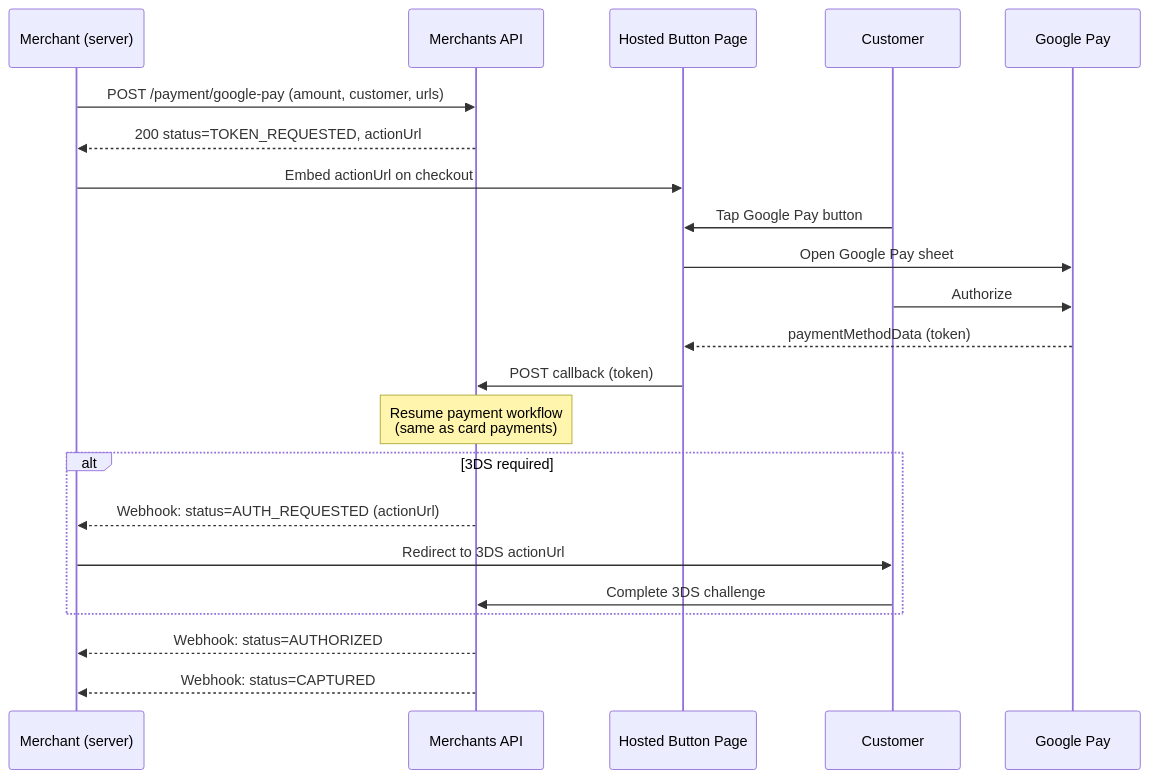
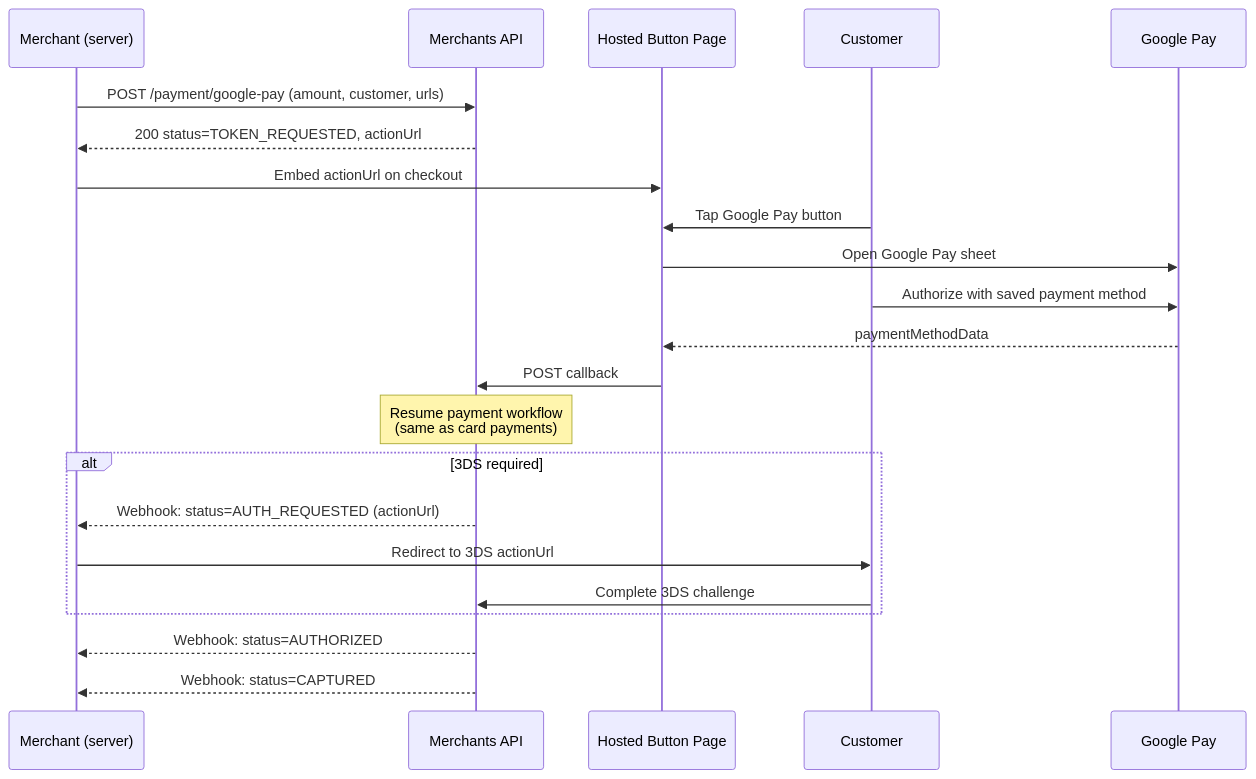
The first of 2 diagrams in docs/google-pay.md (KumaaGroup/platform-merchant-api), drawn with Mermaid before and after one commit. The commit also changed other lines of this file, not shown here.

````diff
--- a/docs/google-pay.md
+++ b/docs/google-pay.md
@@ -7,25 +7,25 @@
 ```mermaid
 sequenceDiagram
     participant M as Merchant (server)
     participant API as Merchants API
     participant Page as Hosted Button Page
     participant C as Customer
     participant GP as Google Pay
 
     M->>API: POST /payment/google-pay (amount, customer, urls)
     API-->>M: 200 status=TOKEN_REQUESTED, actionUrl
     M->>Page: Embed actionUrl on checkout
     C->>Page: Tap Google Pay button
     Page->>GP: Open Google Pay sheet
-    C->>GP: Authorize
-    GP-->>Page: paymentMethodData (token)
-    Page->>API: POST callback (token)
+    C->>GP: Authorize with saved payment method
+    GP-->>Page: paymentMethodData
+    Page->>API: POST callback
     Note over API: Resume payment workflow<br/>(same as card payments)
     alt 3DS required
         API-->>M: Webhook: status=AUTH_REQUESTED (actionUrl)
         M->>C: Redirect to 3DS actionUrl
         C->>API: Complete 3DS challenge
     end
     API-->>M: Webhook: status=AUTHORIZED
     API-->>M: Webhook: status=CAPTURED
 ```
````
